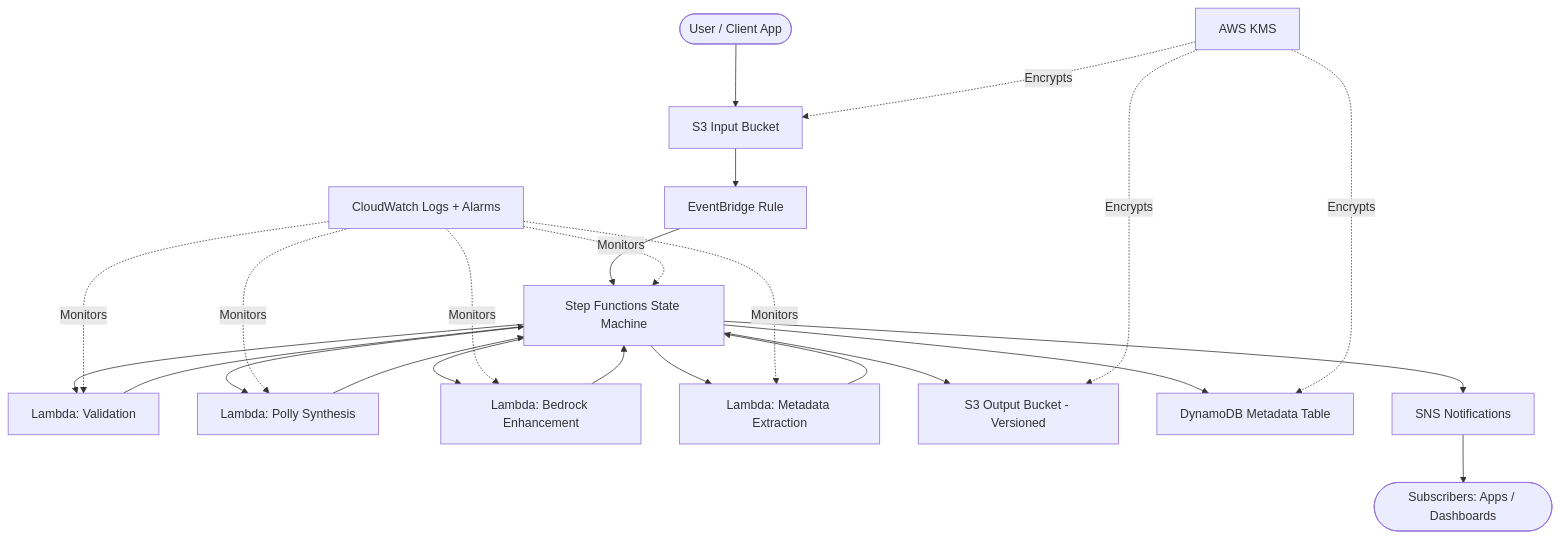
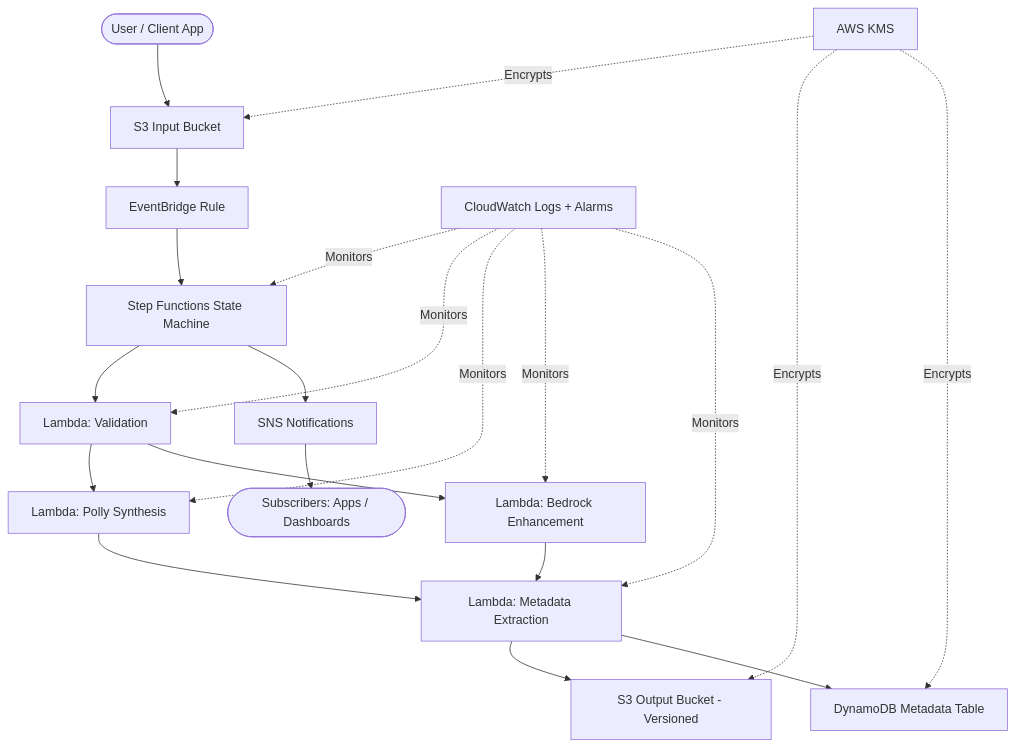
The diagram in ARCHITECTURE.md (obstreperous-ai/cdk-sleep-ts-kiro), drawn with Mermaid before and after one commit.

Commit message:
docs: fix diagram execution order, add status note, correct DynamoDB flow
- Fix Mermaid diagram to show sequential execution: Validation runs
  first, then Polly and Bedrock run in parallel, then Metadata runs last
- Add Status note near the top indicating this is the target architecture
  design with implementation tracked in subsequent issues
- Fix DynamoDB arrow to originate from Metadata Lambda (not SFN),
  matching the prose description in section 3d

````diff
--- a/ARCHITECTURE.md
+++ b/ARCHITECTURE.md
@@ -103,32 +105,28 @@
 ```mermaid
 flowchart TD
     User([User / Client App]) --> S3Input[S3 Input Bucket]
     S3Input --> EB[EventBridge Rule]
     EB --> SFN[Step Functions State Machine]
 
     SFN --> LambdaValidate[Lambda: Validation]
-    SFN --> LambdaPolly[Lambda: Polly Synthesis]
-    SFN --> LambdaBedrock[Lambda: Bedrock Enhancement]
-    SFN --> LambdaMetadata[Lambda: Metadata Extraction]
+    LambdaValidate --> LambdaPolly[Lambda: Polly Synthesis]
+    LambdaValidate --> LambdaBedrock[Lambda: Bedrock Enhancement]
+    LambdaPolly --> LambdaMetadata[Lambda: Metadata Extraction]
+    LambdaBedrock --> LambdaMetadata
 
-    LambdaValidate --> SFN
-    LambdaPolly --> SFN
-    LambdaBedrock --> SFN
-    LambdaMetadata --> SFN
-
-    SFN --> S3Output[S3 Output Bucket - Versioned]
-    SFN --> DynamoDB[DynamoDB Metadata Table]
+    LambdaMetadata --> S3Output[S3 Output Bucket - Versioned]
+    LambdaMetadata --> DynamoDB[DynamoDB Metadata Table]
     SFN --> SNS[SNS Notifications]
 
     SNS --> Subscribers([Subscribers: Apps / Dashboards])
 
     KMS[AWS KMS] -.->|Encrypts| S3Input
     KMS -.->|Encrypts| S3Output
     KMS -.->|Encrypts| DynamoDB
 
     CloudWatch[CloudWatch Logs + Alarms] -.->|Monitors| SFN
     CloudWatch -.->|Monitors| LambdaValidate
     CloudWatch -.->|Monitors| LambdaPolly
     CloudWatch -.->|Monitors| LambdaBedrock
     CloudWatch -.->|Monitors| LambdaMetadata
 ```
````
